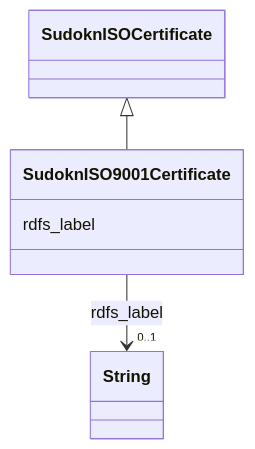
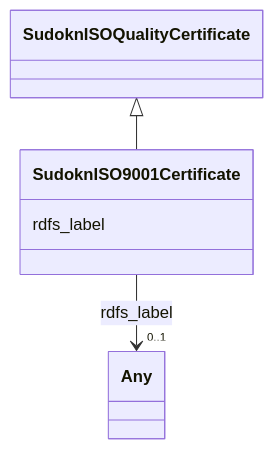
Before and after one commit to frink-okn/graph-descriptions: the diagram in sudokn-kg/classes/SudoknISO9001Certificate.md, drawn with Mermaid. The commit also changed other lines of this file and 903 other files, not shown here.

````diff
--- a/sudokn-kg/classes/SudoknISO9001Certificate.md
+++ b/sudokn-kg/classes/SudoknISO9001Certificate.md
@@ -23,18 +18,18 @@
 ```mermaid
  classDiagram
     class SudoknISO9001Certificate
     click SudoknISO9001Certificate href "../SudoknISO9001Certificate"
-      SudoknISOCertificate <|-- SudoknISO9001Certificate
-        click SudoknISOCertificate href "../SudoknISOCertificate"
+      SudoknISOQualityCertificate <|-- SudoknISO9001Certificate
+        click SudoknISOQualityCertificate href "../SudoknISOQualityCertificate"
       
       SudoknISO9001Certificate : rdfs_label
         
           
     
     
-    SudoknISO9001Certificate --> "0..1" String : rdfs_label
-    click String href "../String"
+    SudoknISO9001Certificate --> "0..1" Any : rdfs_label
+    click Any href "../Any"
 
         
       
 ```
````
